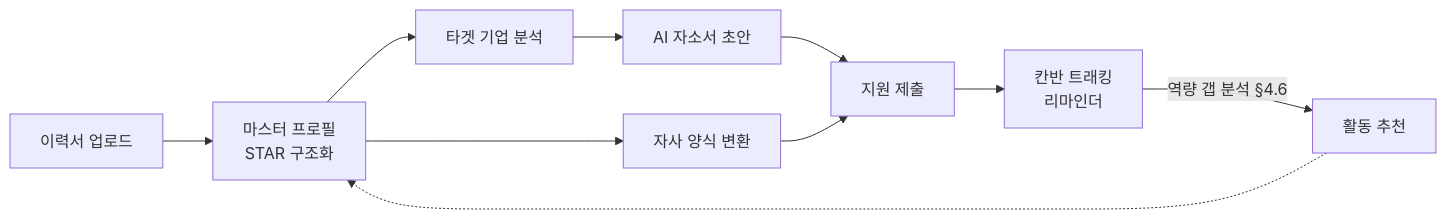
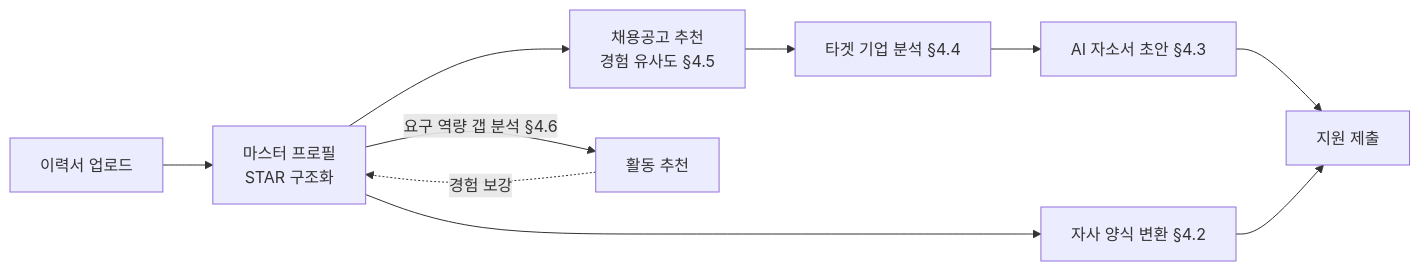
Before and after one commit to kimtaejin3/one-form: the second of 3 diagrams in docs/IA.md, drawn with Mermaid. The commit also changed other lines of this file and 1 other file, not shown here.

Commit message:
docs(repo): 채용공고 추천·역량 갭 반영한 기획서 개정본 추가 및 IA 정합

````diff
--- a/docs/IA.md
+++ b/docs/IA.md
@@ -24,12 +24,12 @@
 ```mermaid
 flowchart LR
     U["이력서 업로드"] --> M["마스터 프로필<br/>STAR 구조화"]
-    M --> A["타겟 기업 분석"]
-    A --> D["AI 자소서 초안"]
-    M --> F["자사 양식 변환"]
+    M --> J["채용공고 추천<br/>경험 유사도 §4.5"]
+    J --> A["타겟 기업 분석 §4.4"]
+    A --> D["AI 자소서 초안 §4.3"]
+    M --> F["자사 양식 변환 §4.2"]
     D --> S["지원 제출"]
     F --> S
-    S --> K["칸반 트래킹<br/>리마인더"]
-    K -->|"역량 갭 분석 §4.6"| R["활동 추천"]
-    R -.-> M
+    M -->|"요구 역량 갭 분석 §4.6"| R["활동 추천"]
+    R -.->|"경험 보강"| M
 ```
````
